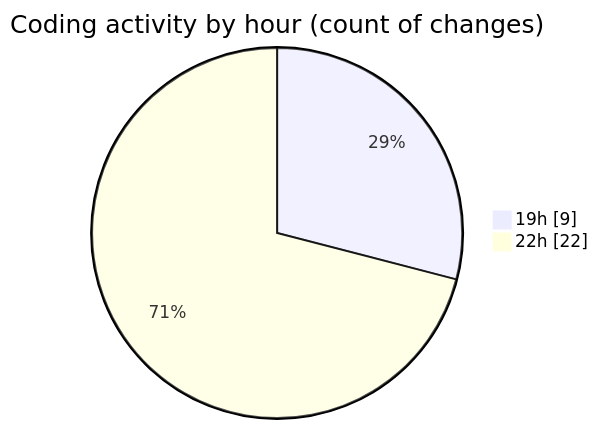
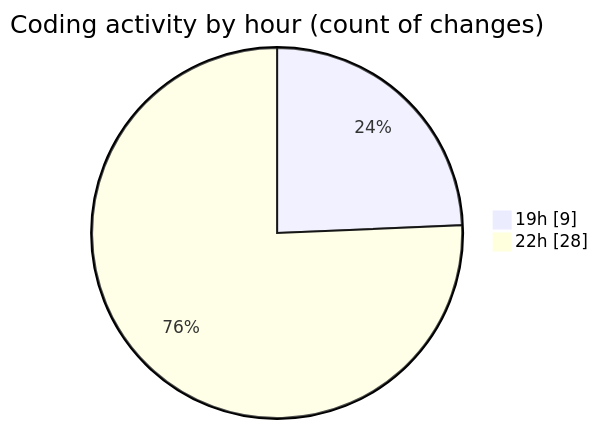
The second of 2 diagrams in 2025-10-07/untitled__workspace_/README.md (MatusMokan/code-tracking), drawn with Mermaid before and after one commit. The commit also changed other lines of this file and 1 other file, not shown here.

````diff
--- a/2025-10-07/untitled__workspace_/README.md
+++ b/2025-10-07/untitled__workspace_/README.md
@@ -30,6 +31,6 @@
 ```mermaid
 pie showData
 title Coding activity by hour (count of changes)
 "19h" : 9
-"22h" : 22
+"22h" : 28
 ```
````
